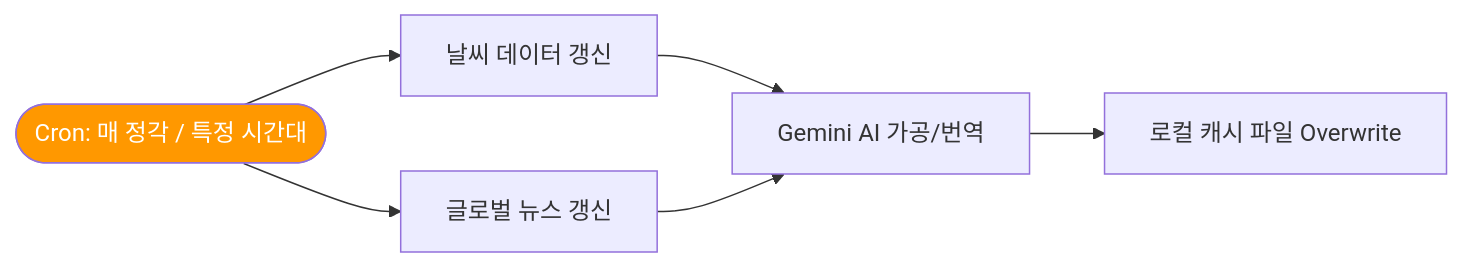
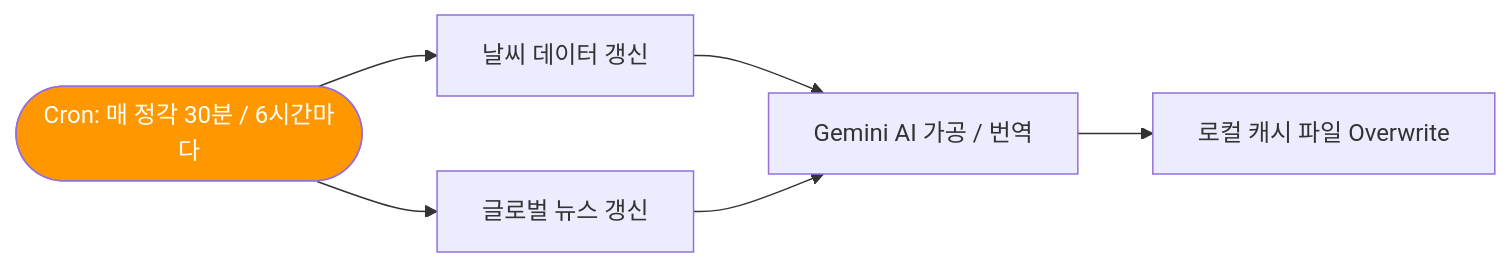
Diagram 11 of 13 in userflow.md (KJH-Portfolio/202602-Environmenta-Organization), drawn with Mermaid before and after one commit. The commit also changed other lines of this file and 18 other files, not shown here.

````diff
--- a/userflow.md
+++ b/userflow.md
@@ -137,12 +287,12 @@
 ```mermaid
 flowchart LR
-    SCHEDULER([Cron: 매 정각 / 특정 시간대]) --> TASK1[날씨 데이터 갱신]
+    SCHEDULER([Cron: 매 정각 30분 / 6시간마다]) --> TASK1[날씨 데이터 갱신]
     SCHEDULER --> TASK2[글로벌 뉴스 갱신]
     
-    TASK1 --> GEMINI[Gemini AI 가공/번역]
+    TASK1 --> GEMINI[Gemini AI 가공 / 번역]
     TASK2 --> GEMINI
     
     GEMINI --> UPDATE[로컬 캐시 파일 Overwrite]
     
     style SCHEDULER fill:#FF9800,color:#fff
 ```
````
